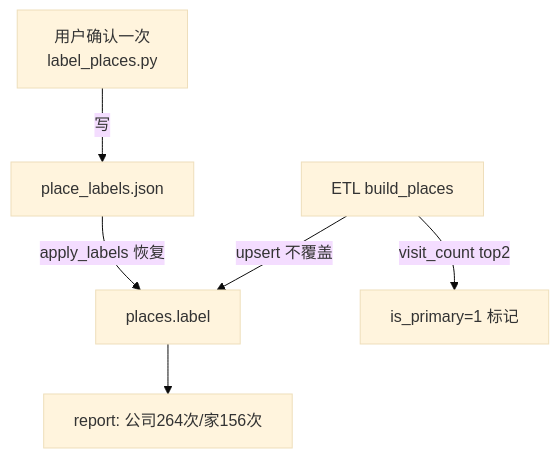
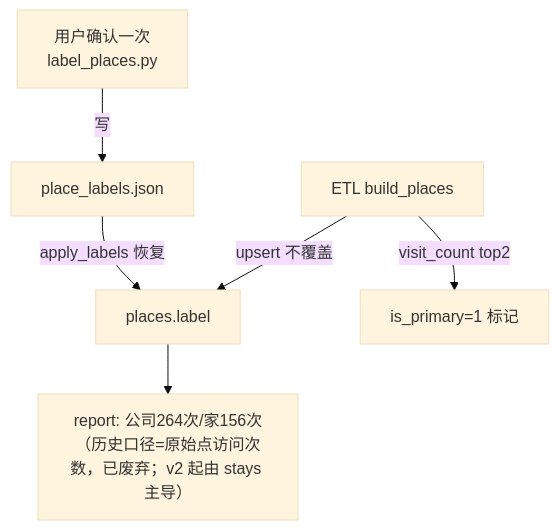
One commit to weweaq/WithLangGraph changed the eighth of 9 diagrams in docs/etl-cleaning-guide.md. Above: the diagram before and after it, drawn with Mermaid (base theme). The commit also changed other lines of this file and 2 other files, not shown here.

````diff
--- a/docs/etl-cleaning-guide.md
+++ b/docs/etl-cleaning-guide.md
@@ -547,15 +551,15 @@
 ```mermaid
 
 flowchart TB
 
     U[用户确认一次<br/>label_places.py] -->|写| CFG[place_labels.json]
 
     E[ETL build_places] -->|upsert 不覆盖| P[places.label]
 
     E -->|visit_count top2| M[is_primary=1 标记]
 
     CFG -->|apply_labels 恢复| P
 
-    P --> R[report: 公司264次/家156次]
+    P --> R["report: 公司264次/家156次（历史口径=原始点访问次数，已废弃；v2 起由 stays 主导）"]
 
 ```
````
